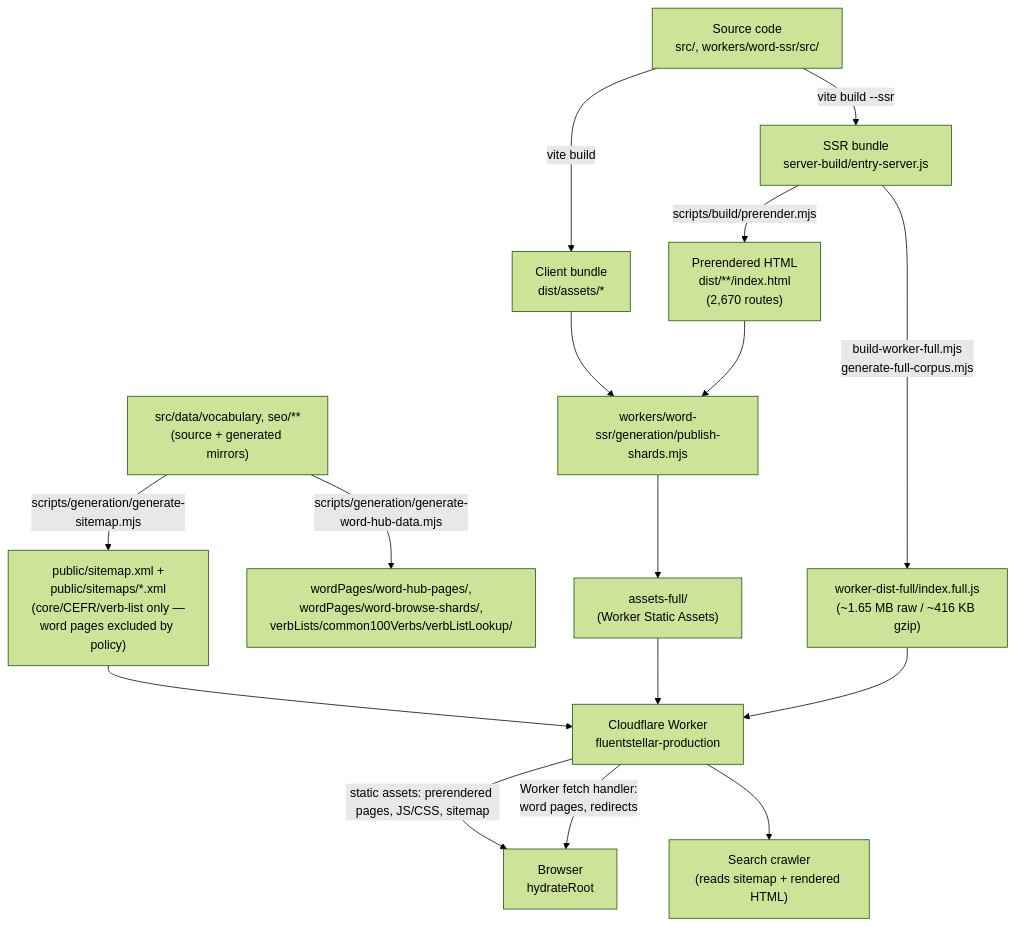
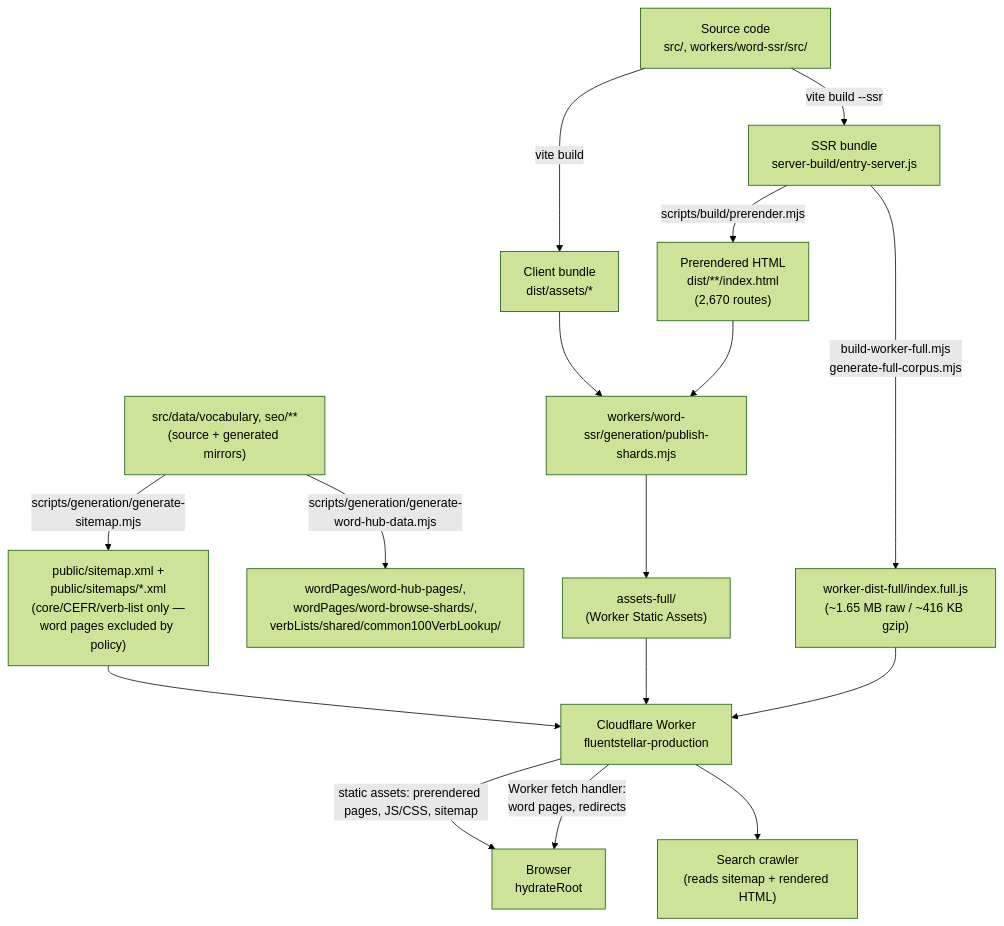
One commit to BondoDev/vocab_new changed the diagram in docs/architecture.md. Above: the diagram before and after it, drawn with Mermaid (forest theme). The commit also changed other lines of this file and 17 other files, not shown here.

Commit message:
refactor: share common verb lookup data

````diff
--- a/docs/architecture.md
+++ b/docs/architecture.md
@@ -65,18 +65,18 @@
 ```mermaid
 flowchart TD
     Source["Source code\nsrc/, workers/word-ssr/src/"] -->|vite build| ClientBundle["Client bundle\ndist/assets/*"]
     Source -->|vite build --ssr| SSRBundle["SSR bundle\nserver-build/entry-server.js"]
     SSRBundle -->|scripts/build/prerender.mjs| Prerendered["Prerendered HTML\ndist/**/index.html\n(2,670 routes)"]
     VocabData["src/data/vocabulary, seo/**\n(source + generated mirrors)"] -->|scripts/generation/generate-sitemap.mjs| Sitemap["public/sitemap.xml +\npublic/sitemaps/*.xml\n(core/CEFR/verb-list only —\nword pages excluded by policy)"]
-    VocabData -->|scripts/generation/generate-word-hub-data.mjs| HubData["wordPages/word-hub-pages/,\nwordPages/word-browse-shards/,\nverbLists/common100Verbs/verbListLookup/"]
+    VocabData -->|scripts/generation/generate-word-hub-data.mjs| HubData["wordPages/word-hub-pages/,\nwordPages/word-browse-shards/,\nverbLists/shared/common100VerbLookup/"]
     ClientBundle --> Publish["workers/word-ssr/generation/publish-shards.mjs"]
     Prerendered --> Publish
     SSRBundle -->|build-worker-full.mjs\ngenerate-full-corpus.mjs| WorkerBundle["worker-dist-full/index.full.js\n(~1.65 MB raw / ~416 KB gzip)"]
     Publish --> AssetsFull["assets-full/\n(Worker Static Assets)"]
     WorkerBundle --> CFWorker
     AssetsFull --> CFWorker["Cloudflare Worker\nfluentstellar-production"]
     Sitemap --> CFWorker
     CFWorker -->|static assets: prerendered pages, JS/CSS, sitemap| Browser["Browser\nhydrateRoot"]
     CFWorker -->|Worker fetch handler:\nword pages, redirects| Browser
     CFWorker --> Crawler["Search crawler\n(reads sitemap + rendered HTML)"]
 ```
````
